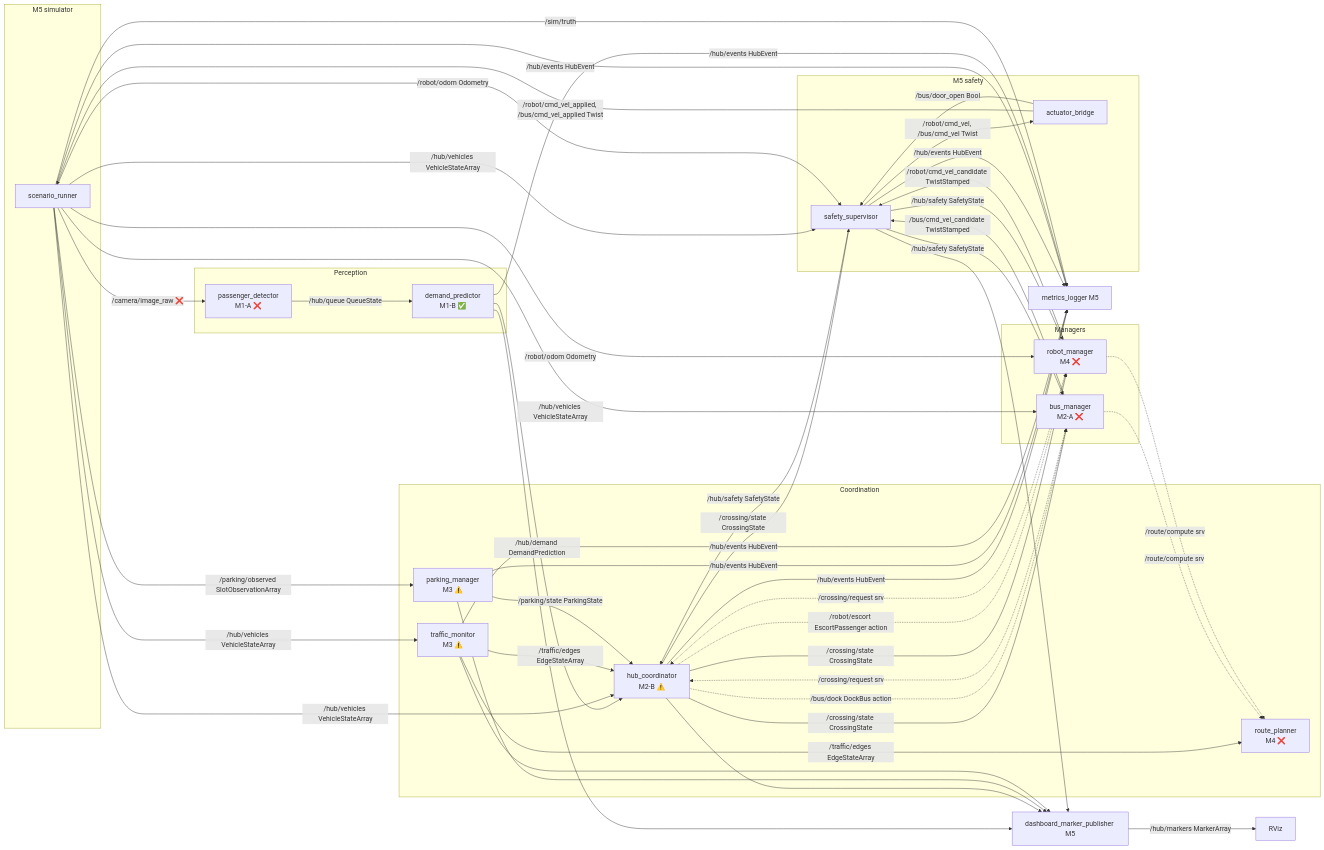
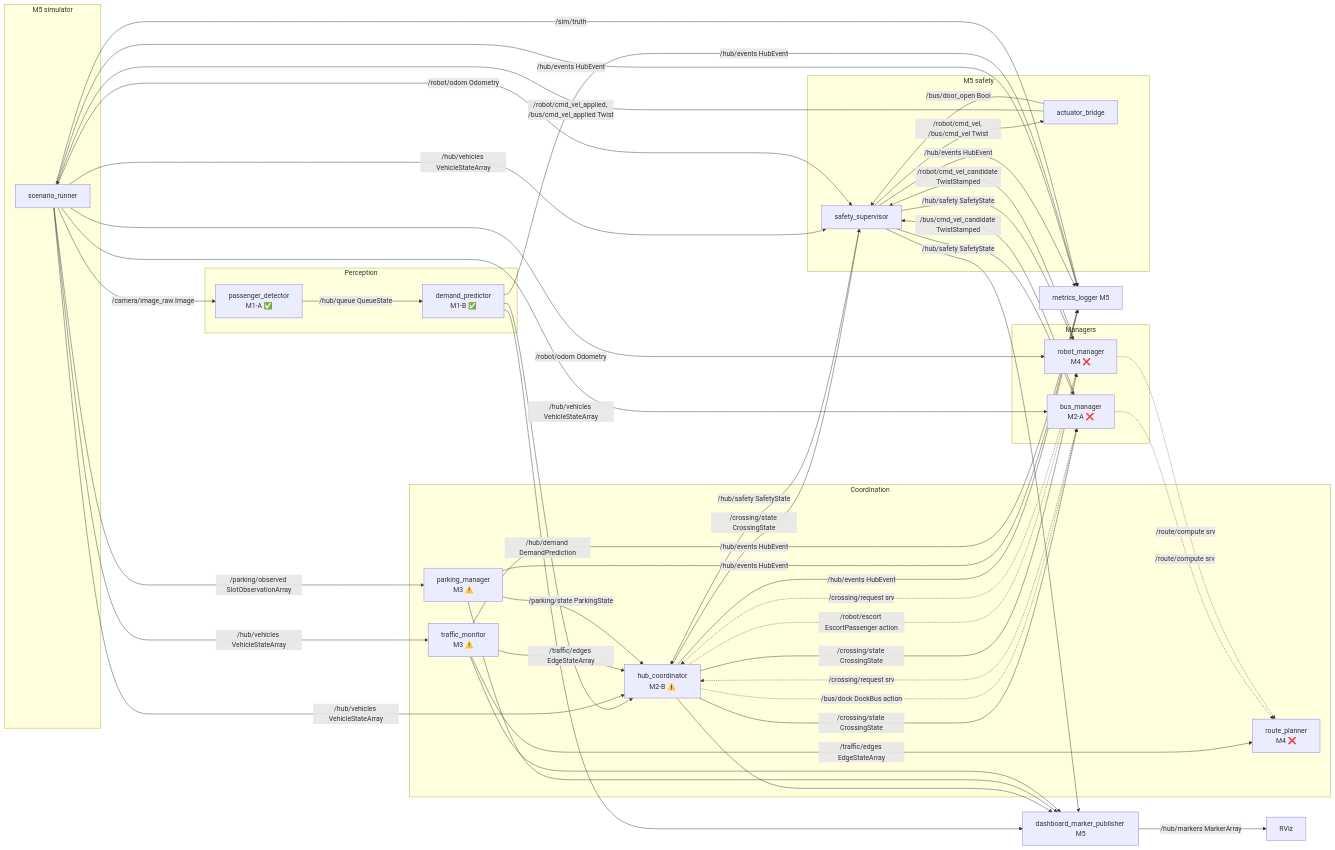
Before and after one commit to monules/smart-mobility-lab-project: the diagram in README.md, drawn with Mermaid. The commit also changed other lines of this file and 2 other files, not shown here.

````diff
--- a/README.md
+++ b/README.md
@@ -100,50 +187,50 @@
 ```mermaid
 flowchart LR
   subgraph M5sim[M5 simulator]
     SR[scenario_runner]
   end
   subgraph Perception
-    PD[passenger_detector<br/>M1-A ❌]
+    PD[passenger_detector<br/>M1-A ✅]
     DP[demand_predictor<br/>M1-B ✅]
   end
   subgraph Coordination
     HC[hub_coordinator<br/>M2-B ⚠️]
     PM[parking_manager<br/>M3 ⚠️]
     TM[traffic_monitor<br/>M3 ⚠️]
     RP[route_planner<br/>M4 ❌]
   end
   subgraph Managers
     BM[bus_manager<br/>M2-A ❌]
     RM[robot_manager<br/>M4 ❌]
   end
   subgraph M5safety[M5 safety]
     SS[safety_supervisor]
     AB[actuator_bridge]
   end
   ML[metrics_logger M5]
   DB[dashboard_marker_publisher M5]
 
-  SR -- "/camera/image_raw ❌" --> PD
+  SR -- "/camera/image_raw Image" --> PD
   PD -- "/hub/queue QueueState" --> DP
   DP -- "/hub/demand DemandPrediction" --> HC
   SR -- "/hub/vehicles VehicleStateArray" --> TM & HC & SS & BM
   SR -- "/robot/odom Odometry" --> SS & RM
   SR -- "/parking/observed SlotObservationArray" --> PM
   TM -- "/traffic/edges EdgeStateArray" --> RP & HC
   PM -- "/parking/state ParkingState" --> HC
   HC -- "/crossing/state CrossingState" --> SS & BM & RM
   HC -. "/bus/dock DockBus action" .-> BM
   HC -. "/robot/escort EscortPassenger action" .-> RM
   BM & RM -. "/route/compute srv" .-> RP
   BM & RM -. "/crossing/request srv" .-> HC
   BM -- "/bus/cmd_vel_candidate TwistStamped" --> SS
   RM -- "/robot/cmd_vel_candidate TwistStamped" --> SS
   SS -- "/robot/cmd_vel, /bus/cmd_vel Twist" --> AB
   AB -- "/robot/cmd_vel_applied, /bus/cmd_vel_applied Twist" --> SR
   AB -- "/bus/door_open Bool" --> SS
   SS -- "/hub/safety SafetyState" --> HC & BM & RM
   SS & SR & DP & HC & PM & TM -- "/hub/events HubEvent" --> ML
   SR -- "/sim/truth" --> ML
   SS & HC & PM & TM & DP --> DB
   DB -- "/hub/markers MarkerArray" --> RV[RViz]
 ```
````
